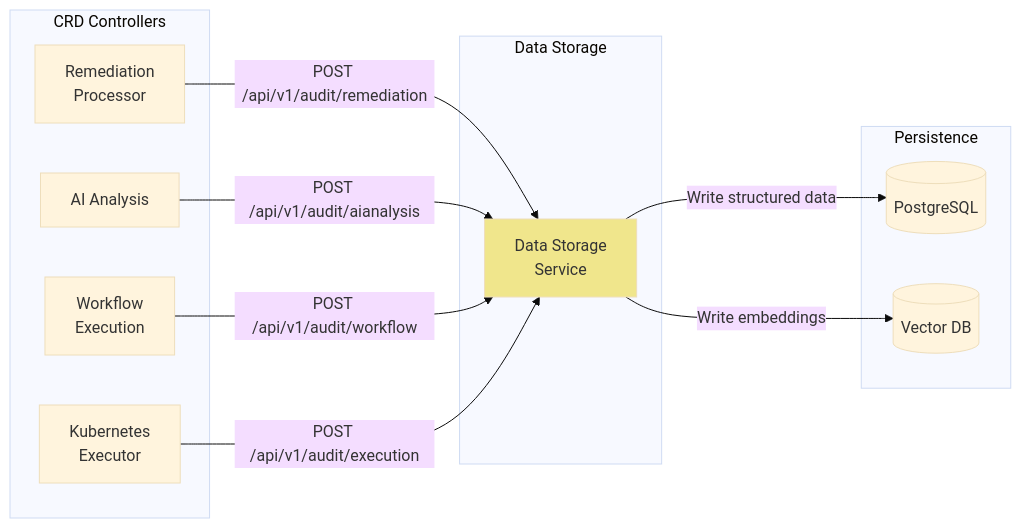
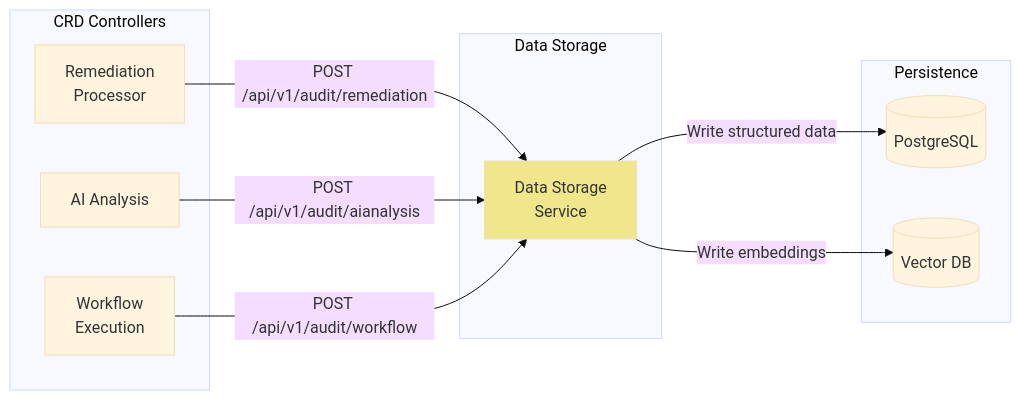
The fifth of 8 diagrams in docs/architecture/SERVICE_DEPENDENCY_MAP.md (jordigilh/kubernaut), drawn with Mermaid (base theme) before and after one commit. The commit also changed other lines of this file and 63 other files, not shown here.

````diff
--- a/docs/architecture/SERVICE_DEPENDENCY_MAP.md
+++ b/docs/architecture/SERVICE_DEPENDENCY_MAP.md
@@ -431,28 +415,26 @@
 ```mermaid
 graph LR
     subgraph "CRD Controllers"
         RP[Remediation<br/>Processor]
         AI[AI Analysis]
         WE[Workflow<br/>Execution]
-        KE[Kubernetes<br/>Executor]
     end
 
     subgraph "Data Storage"
         DS[Data Storage<br/>Service]
     end
 
     subgraph "Persistence"
         PG[(PostgreSQL)]
         VD[(Vector DB)]
     end
 
     RP -->|POST /api/v1/audit/remediation| DS
     AI -->|POST /api/v1/audit/aianalysis| DS
     WE -->|POST /api/v1/audit/workflow| DS
-    KE -->|POST /api/v1/audit/execution| DS
 
     DS -->|Write structured data| PG
     DS -->|Write embeddings| VD
 
     style DS fill:#F0E68C
 ```
````
